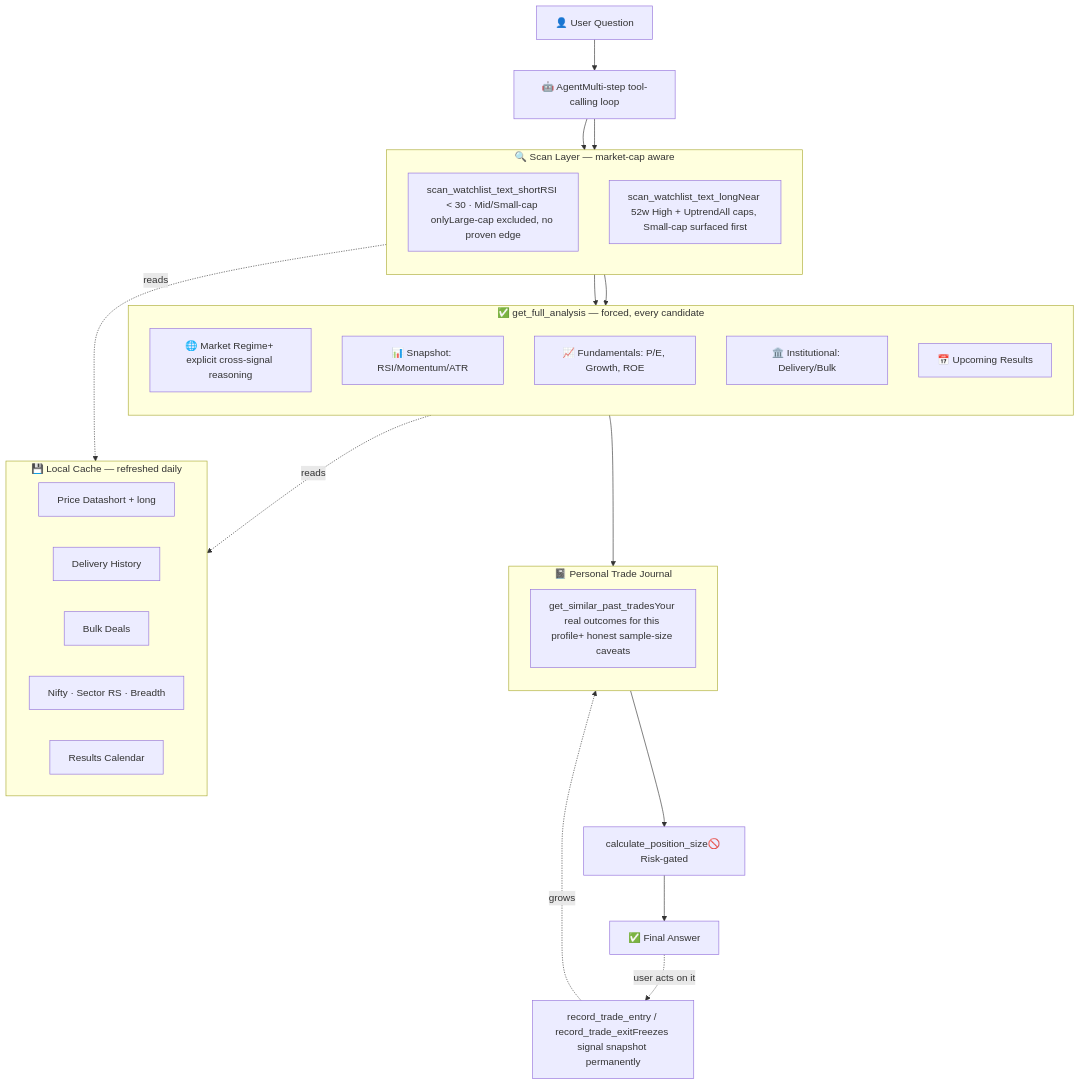
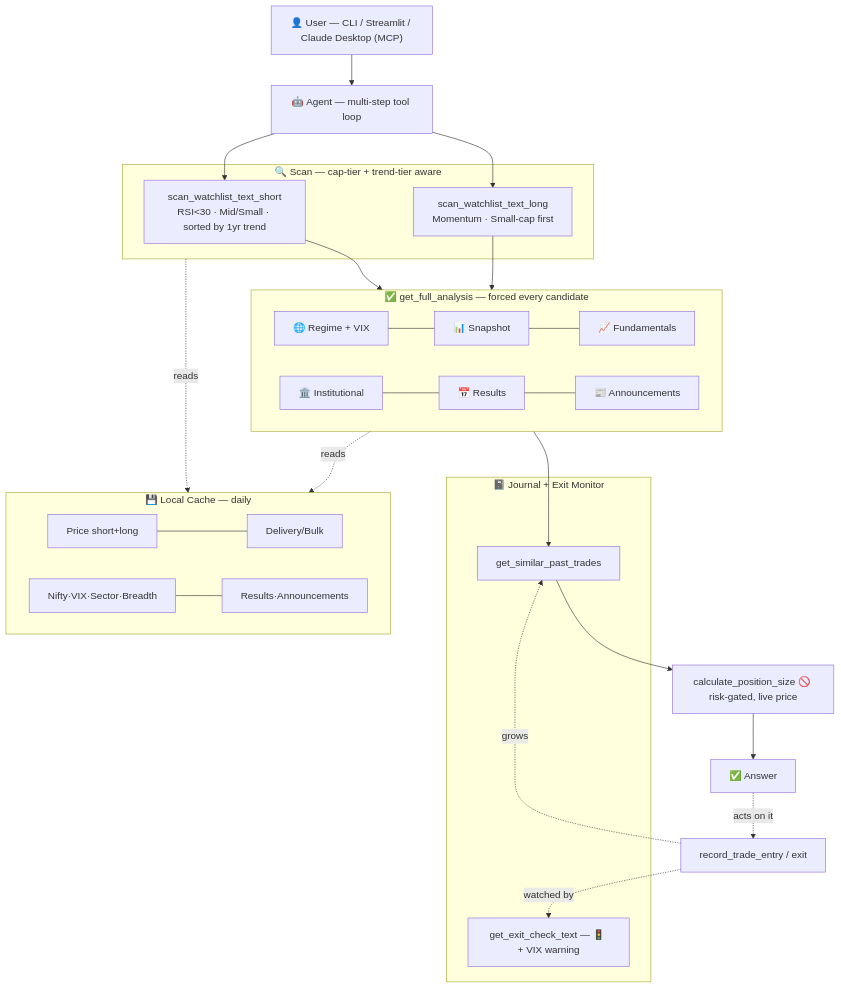
Before and after one commit to webtools-dotcom/nse-trading-assistant: the diagram in README.md, drawn with Mermaid. The commit also changed other lines of this file and 46 other files, not shown here.

````diff
--- a/README.md
+++ b/README.md
@@ -85,49 +235,36 @@
 ```mermaid
 flowchart TD
-    A["👤 User Question"] --> B["🤖 AgentMulti-step tool-calling loop"]
+    A["👤 User — CLI / Streamlit / Claude Desktop (MCP)"] --> B["🤖 Agent — multi-step tool loop"]
 
-    subgraph SCAN [" 🔍 Scan Layer — market-cap aware "]
-        direction TB
-        C1["scan_watchlist_text_shortRSI < 30 · Mid/Small-cap onlyLarge-cap excluded, no proven edge"]
-        C2["scan_watchlist_text_longNear 52w High + UptrendAll caps, Small-cap surfaced first"]
+    subgraph SCAN [" 🔍 Scan — cap-tier + trend-tier aware "]
+        C1["scan_watchlist_text_short<br/>RSI<30 · Mid/Small · sorted by 1yr trend"]
+        C2["scan_watchlist_text_long<br/>Momentum · Small-cap first"]
     end
 
-    subgraph CHECKLIST [" ✅ get_full_analysis — forced, every candidate "]
-        direction TB
-        E1["🌐 Market Regime+ explicit cross-signal reasoning"]
-        E2["📊 Snapshot: RSI/Momentum/ATR"]
-        E3["📈 Fundamentals: P/E, Growth, ROE"]
-        E4["🏛️ Institutional: Delivery/Bulk"]
-        E5["📅 Upcoming Results"]
+    subgraph CHECKLIST [" ✅ get_full_analysis — forced every candidate "]
+        E1["🌐 Regime + VIX"] --- E2["📊 Snapshot"] --- E3["📈 Fundamentals"]
+        E4["🏛️ Institutional"] --- E5["📅 Results"] --- E6["📰 Announcements"]
     end
 
-    subgraph JOURNAL [" 📓 Personal Trade Journal "]
-        direction TB
-        J1["get_similar_past_tradesYour real outcomes for this profile+ honest sample-size caveats"]
+    subgraph JOURNAL [" 📓 Journal + Exit Monitor "]
+        J1["get_similar_past_trades"]
+        J2["get_exit_check_text — 🚦 + VIX warning"]
     end
 
-    F["calculate_position_size🚫 Risk-gated"]
-    G["record_trade_entry / record_trade_exitFreezes signal snapshot permanently"]
+    F["calculate_position_size 🚫 risk-gated, live price"]
+    G["record_trade_entry / exit"]
 
-    B --> C1
-    B --> C2
-    C1 --> CHECKLIST
-    C2 --> CHECKLIST
-    CHECKLIST --> J1
-    J1 --> F
-    F --> H["✅ Final Answer"]
-    H -.user acts on it.-> G
-    G -.grows.-> J1
+    B --> C1 --> CHECKLIST
+    B --> C2 --> CHECKLIST
+    CHECKLIST --> J1 --> F --> H["✅ Answer"]
+    H -.acts on it.-> G -.grows.-> J1
+    G -.watched by.-> J2
 
-    subgraph CACHE [" 💾 Local Cache — refreshed daily "]
-        direction LR
-        K1["Price Datashort + long"]
-        K2["Delivery History"]
-        K3["Bulk Deals"]
-        K4["Nifty · Sector RS · Breadth"]
-        K5["Results Calendar"]
+    subgraph CACHE [" 💾 Local Cache — daily "]
+        K1["Price short+long"] --- K2["Delivery/Bulk"]
+        K3["Nifty·VIX·Sector·Breadth"] --- K4["Results·Announcements"]
     end
 
     SCAN -.reads.-> CACHE
     CHECKLIST -.reads.-> CACHE
 ```
````
